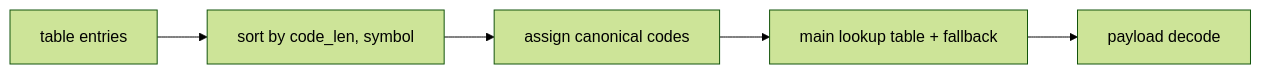
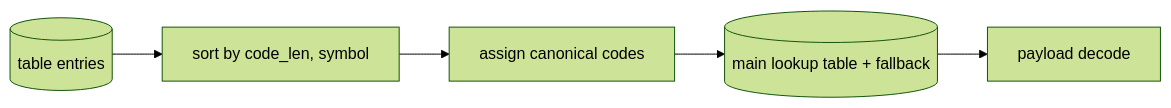
One commit to ngoquocan139/AES_huffman_all6 changed the diagram in docs/huffman_block_decoder_spec.md. Above: the diagram before and after it, drawn with Mermaid (forest theme). The commit also changed 28 other files, not shown here.

````diff
--- a/docs/huffman_block_decoder_spec.md
+++ b/docs/huffman_block_decoder_spec.md
@@ -30,7 +30,7 @@
 ```mermaid
 flowchart LR
-  ENT["table entries"] --> SORT["sort by code_len, symbol"]
+  ENT[("table entries")] --> SORT["sort by code_len, symbol"]
   SORT --> ASSIGN["assign canonical codes"]
-  ASSIGN --> TABLE["main lookup table + fallback"]
+  ASSIGN --> TABLE[("main lookup table + fallback")]
   TABLE --> DECODE["payload decode"]
 ```
````
